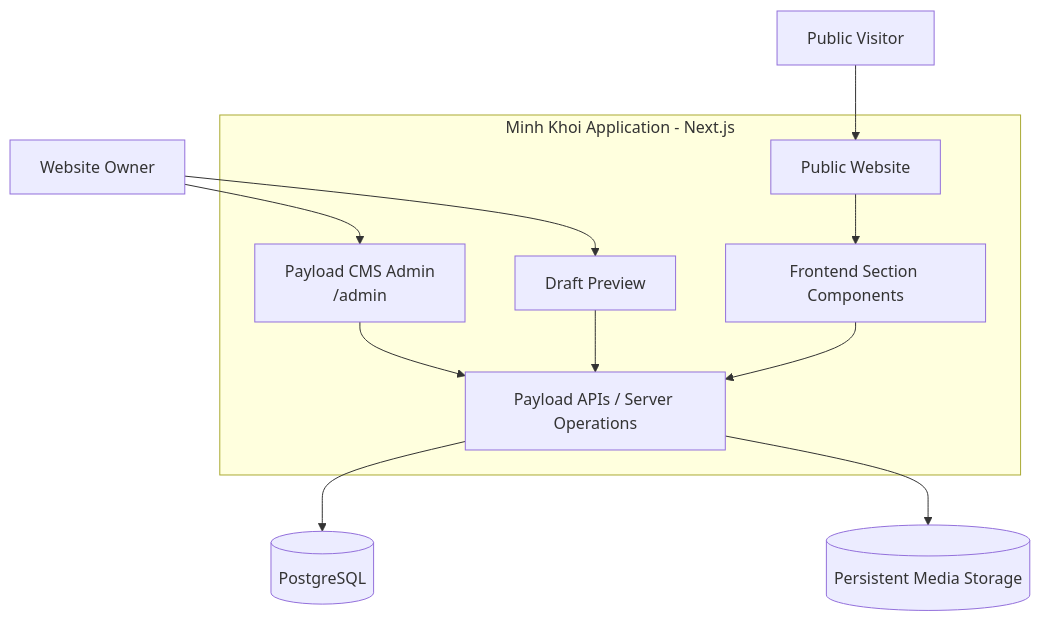
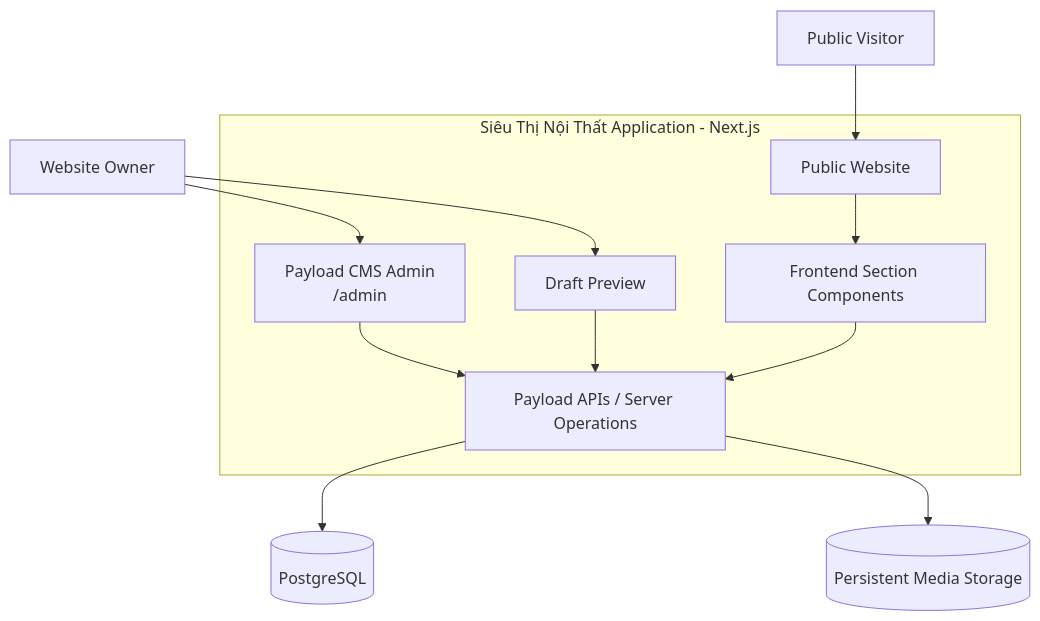
The first of 2 diagrams in docs/ARCHITECTURE.md (ngoctien363/furniture-landing), drawn with Mermaid before and after one commit. The commit also changed other lines of this file and 87 other files, not shown here.

First line of the commit message:
feat: use real project renders and rename brand to Siêu Thị Nội Thất

````diff
--- a/docs/ARCHITECTURE.md
+++ b/docs/ARCHITECTURE.md
@@ -26,28 +26,28 @@
 ```mermaid
 flowchart TB
     Owner[Website Owner]
     Visitor[Public Visitor]
 
-    subgraph Application["Minh Khoi Application - Next.js"]
+    subgraph Application["Siêu Thị Nội Thất Application - Next.js"]
         Admin["Payload CMS Admin<br/>/admin"]
         Preview["Draft Preview"]
         Public["Public Website"]
         API["Payload APIs / Server Operations"]
         Blocks["Frontend Section Components"]
     end
 
     DB[(PostgreSQL)]
     Storage[(Persistent Media Storage)]
 
     Owner --> Admin
     Owner --> Preview
     Visitor --> Public
 
     Admin --> API
     Preview --> API
     Public --> Blocks
     Blocks --> API
 
     API --> DB
     API --> Storage
 ```
````
